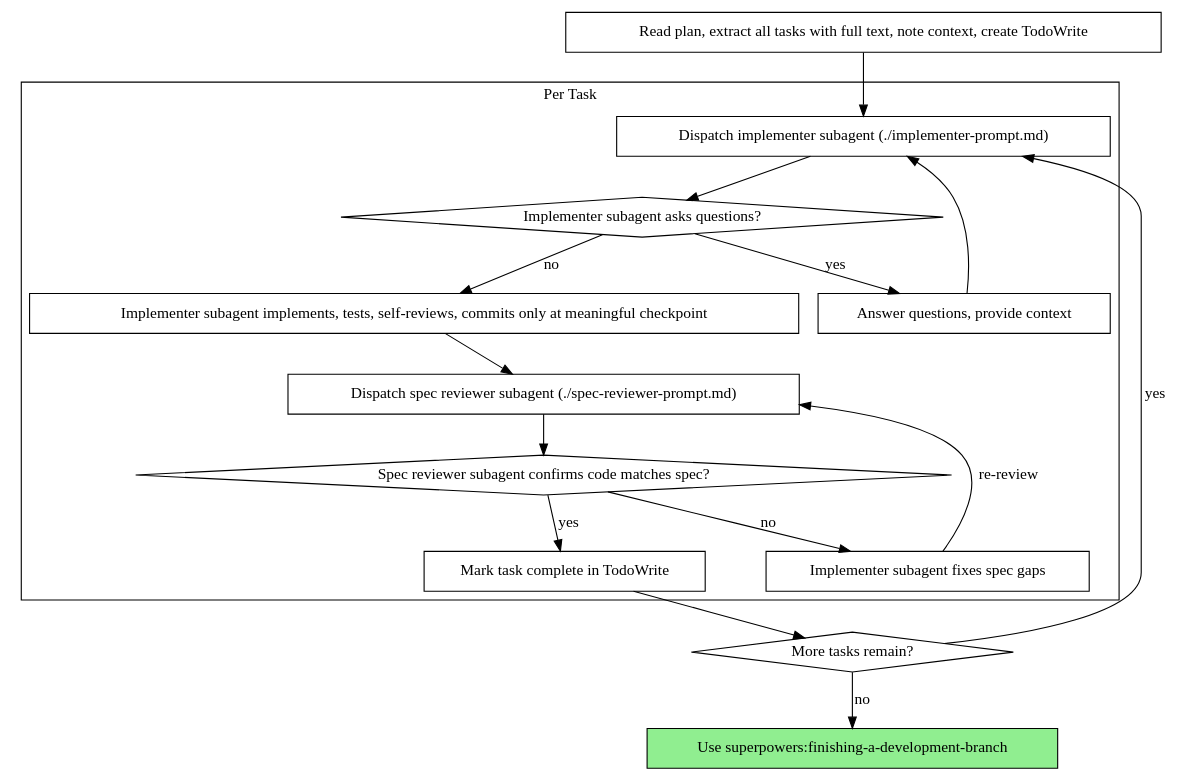
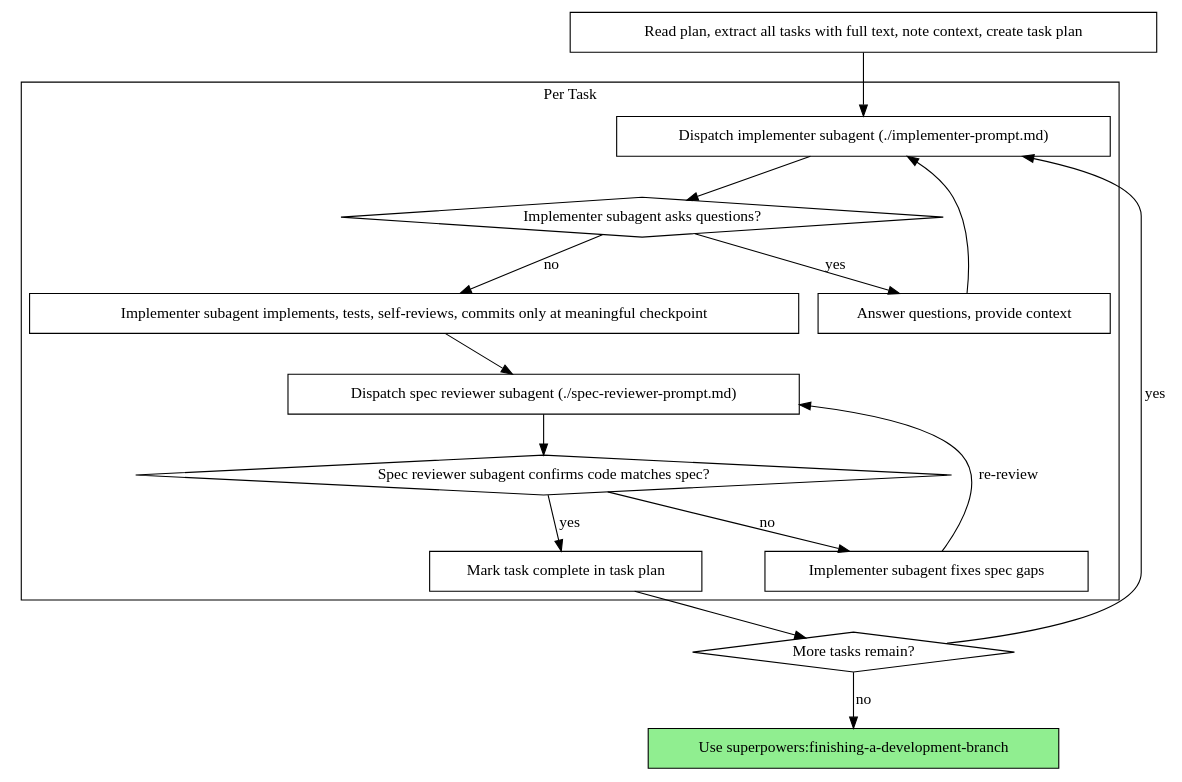
One commit to aesrentai/superpowers changed the second of 2 diagrams in skills/subagent-driven-development/SKILL.md. Above: the diagram before and after it, drawn with Graphviz. The commit also changed other lines of this file and 14 other files, not shown here.

````diff
--- a/skills/subagent-driven-development/SKILL.md
+++ b/skills/subagent-driven-development/SKILL.md
@@ -42,35 +42,35 @@
 ```dot
 digraph process {
     rankdir=TB;
 
     subgraph cluster_per_task {
         label="Per Task";
         "Dispatch implementer subagent (./implementer-prompt.md)" [shape=box];
         "Implementer subagent asks questions?" [shape=diamond];
         "Answer questions, provide context" [shape=box];
         "Implementer subagent implements, tests, self-reviews, commits only at meaningful checkpoint" [shape=box];
         "Dispatch spec reviewer subagent (./spec-reviewer-prompt.md)" [shape=box];
         "Spec reviewer subagent confirms code matches spec?" [shape=diamond];
         "Implementer subagent fixes spec gaps" [shape=box];
-        "Mark task complete in TodoWrite" [shape=box];
+        "Mark task complete in task plan" [shape=box];
     }
 
-    "Read plan, extract all tasks with full text, note context, create TodoWrite" [shape=box];
+    "Read plan, extract all tasks with full text, note context, create task plan" [shape=box];
     "More tasks remain?" [shape=diamond];
     "Use superpowers:finishing-a-development-branch" [shape=box style=filled fillcolor=lightgreen];
 
-    "Read plan, extract all tasks with full text, note context, create TodoWrite" -> "Dispatch implementer subagent (./implementer-prompt.md)";
+    "Read plan, extract all tasks with full text, note context, create task plan" -> "Dispatch implementer subagent (./implementer-prompt.md)";
     "Dispatch implementer subagent (./implementer-prompt.md)" -> "Implementer subagent asks questions?";
     "Implementer subagent asks questions?" -> "Answer questions, provide context" [label="yes"];
     "Answer questions, provide context" -> "Dispatch implementer subagent (./implementer-prompt.md)";
     "Implementer subagent asks questions?" -> "Implementer subagent implements, tests, self-reviews, commits only at meaningful checkpoint" [label="no"];
     "Implementer subagent implements, tests, self-reviews, commits only at meaningful checkpoint" -> "Dispatch spec reviewer subagent (./spec-reviewer-prompt.md)";
     "Dispatch spec reviewer subagent (./spec-reviewer-prompt.md)" -> "Spec reviewer subagent confirms code matches spec?";
     "Spec reviewer subagent confirms code matches spec?" -> "Implementer subagent fixes spec gaps" [label="no"];
     "Implementer subagent fixes spec gaps" -> "Dispatch spec reviewer subagent (./spec-reviewer-prompt.md)" [label="re-review"];
-    "Spec reviewer subagent confirms code matches spec?" -> "Mark task complete in TodoWrite" [label="yes"];
-    "Mark task complete in TodoWrite" -> "More tasks remain?";
+    "Spec reviewer subagent confirms code matches spec?" -> "Mark task complete in task plan" [label="yes"];
+    "Mark task complete in task plan" -> "More tasks remain?";
     "More tasks remain?" -> "Dispatch implementer subagent (./implementer-prompt.md)" [label="yes"];
     "More tasks remain?" -> "Use superpowers:finishing-a-development-branch" [label="no"];
 }
 ```
````
